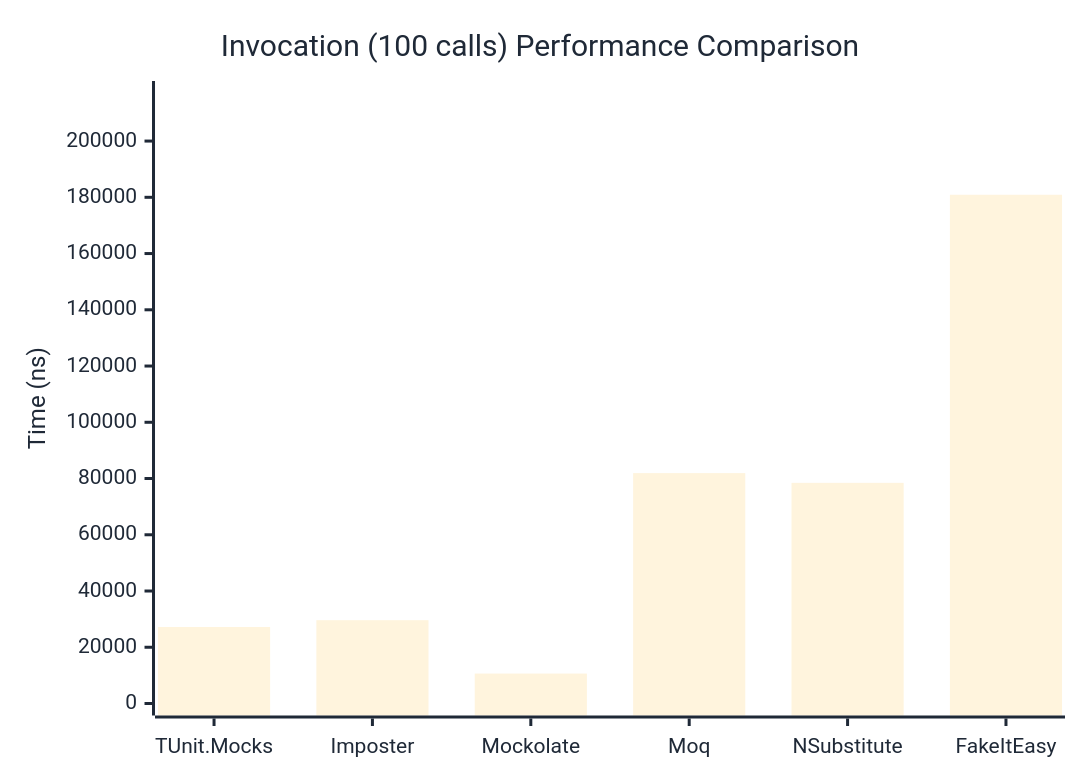
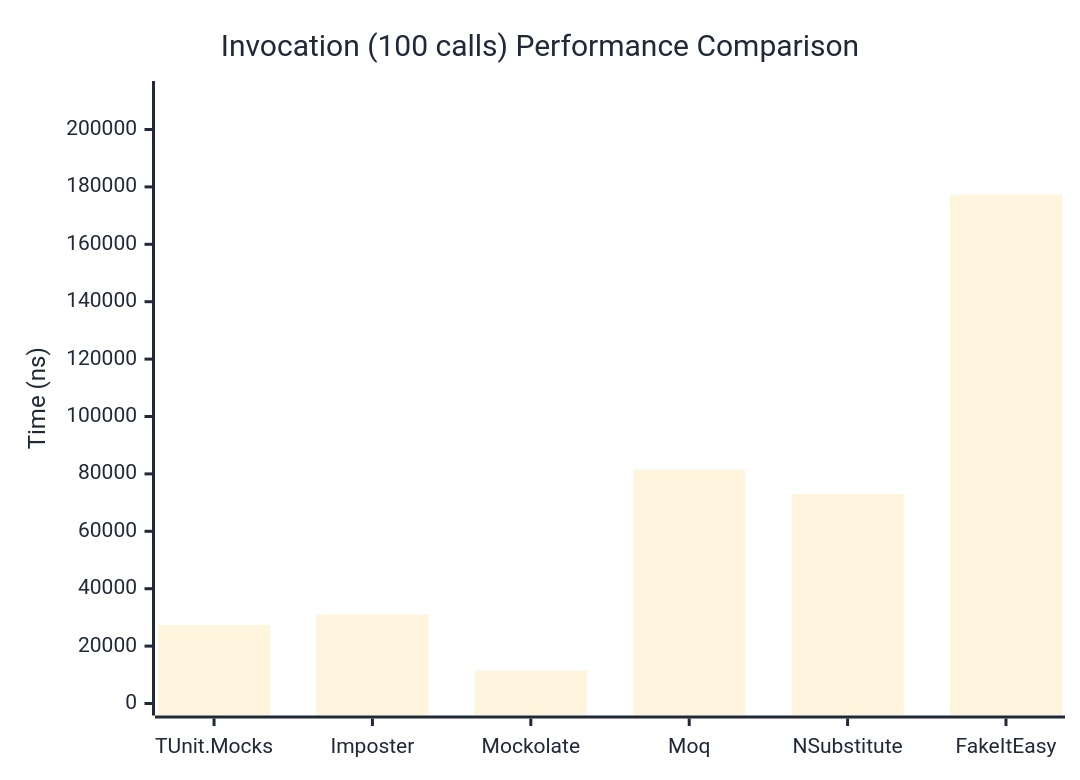
The third of 3 diagrams in docs/docs/benchmarks/mocks/Invocation.md (thomhurst/TUnit), drawn with Mermaid before and after one commit. The commit also changed other lines of this file and 14 other files, not shown here.

````diff
--- a/docs/docs/benchmarks/mocks/Invocation.md
+++ b/docs/docs/benchmarks/mocks/Invocation.md
@@ -112,27 +112,27 @@
 ```mermaid
 %%{init: {
   'theme':'base',
   'themeVariables': {
     'primaryColor': '#2563eb',
     'primaryTextColor': '#1f2937',
     'primaryBorderColor': '#1e40af',
     'lineColor': '#6b7280',
     'secondaryColor': '#7c3aed',
     'tertiaryColor': '#dc2626',
     'background': '#ffffff',
     'pie1': '#2563eb',
     'pie2': '#7c3aed',
     'pie3': '#dc2626',
     'pie4': '#f59e0b',
     'pie5': '#10b981',
     'pie6': '#06b6d4',
     'pie7': '#ec4899',
     'pie8': '#6366f1'
   }
 }}%%
 xychart-beta
   title "Invocation (100 calls) Performance Comparison"
   x-axis ["TUnit.Mocks", "Imposter", "Mockolate", "Moq", "NSubstitute", "FakeItEasy"]
-  y-axis "Time (ns)" 0 --> 217092
-  bar [27197.04, 29626.24, 10650.13, 81925.87, 78467.19, 180909.77]
+  y-axis "Time (ns)" 0 --> 212718
+  bar [27351.5, 31091.4, 11456.2, 81469, 72970.9, 177264.8]
 ```
````
